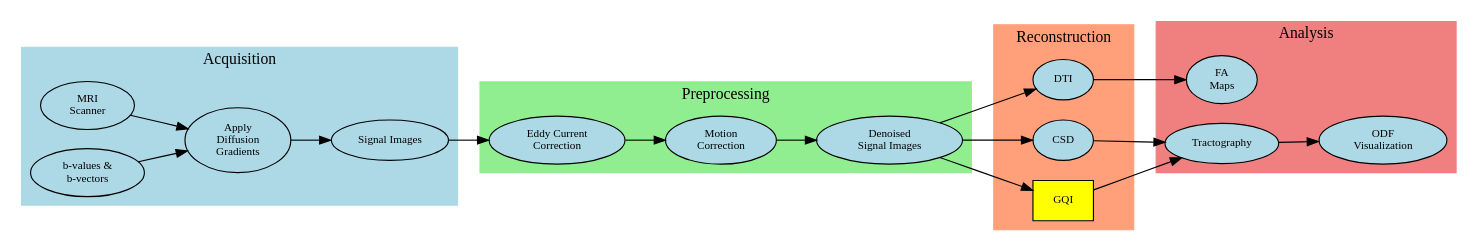
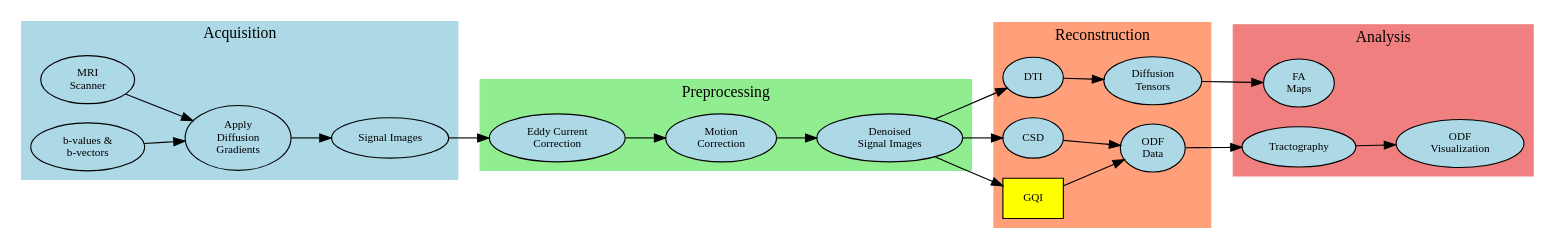
One commit to MadeInShineA/303.1-semester-project changed the fifth of 5 diagrams in src/presentation.qmd. Above: the diagram before and after it, drawn with Graphviz. The commit also changed other lines of this file and 9 other files, not shown here.

Commit message:
Updated README + Added the different DWI pipeline phases + Added DWI image

````diff
--- a/src/presentation.qmd
+++ b/src/presentation.qmd
@@ -24,57 +130,63 @@
 ```{dot}
-//| label: fig-dwi-pipeline
-//| fig-cap: "Overview of the DWI Pipeline."
+//| label: fig-dwi-pipeline-complete
+//| fig-cap: "Overview of the DWI complete Pipeline."
 digraph DWI_Pipeline {
   rankdir=LR;
   node [style=filled, fillcolor=lightblue, fontcolor=black, fontsize=10];
   edge [fontsize=10];
 
   subgraph cluster_acq {
       label="Acquisition";
       style=filled;
       color=lightblue;
       MRI [label="MRI\nScanner"];
       Params [label="b-values &\nb-vectors"];
       Gradients [label="Apply\nDiffusion\nGradients"];
       Signal [label="Signal Images"]
       MRI -> Gradients;
       Params -> Gradients;
       Gradients -> Signal;
   }
 
   subgraph cluster_prep {
       label="Preprocessing";
       style=filled;
       color=lightgreen;
       Eddy [label="Eddy Current\nCorrection"];
       Motion [label="Motion\nCorrection"];
       Denoise [label="Denoised\n Signal Images"];
       Signal -> Eddy -> Motion -> Denoise;
   }
 
-  subgraph cluster_rec {
-      label="Reconstruction";
-      style=filled;
-      color=lightsalmon;
-      DTI [label="DTI"];
-      CSD [label="CSD"];
-      GQI [label="GQI", fillcolor=yellow, shape=box];
-      Denoise -> DTI;
-      Denoise -> CSD;
-      Denoise -> GQI;
-  }
+   subgraph cluster_rec {
+       label="Reconstruction";
+       style=filled;
+       color=lightsalmon;
+       DTI [label="DTI"];
+       CSD [label="CSD"];
+       GQI [label="GQI", fillcolor=yellow, shape=box];
+       Tensors [label="Diffusion\nTensors"];
+       ODFs [label="ODF\nData"];
+       Denoise -> DTI;
+       Denoise -> CSD;
+       Denoise -> GQI;
+       DTI -> Tensors;
+       CSD -> ODFs;
+       GQI -> ODFs;
+   }
 
-  subgraph cluster_ana {
-      label="Analysis";
-      style=filled;
-      color=lightcoral;
-      Tractography [label="Tractography"];
-      FA [label="FA\nMaps"];
-      ODF [label="ODF\nVisualization"];
-      DTI -> FA;
-      CSD -> Tractography;
-      GQI -> Tractography;
-      Tractography -> ODF;
-  }
+   subgraph cluster_ana {
+       label="Analysis";
+       style=filled;
+       color=lightcoral;
+       Tensors [label="Diffusion\nTensors"];
+       ODFs [label="ODF\nData"];
+       Tractography [label="Tractography"];
+       FA [label="FA\nMaps"];
+       ODF [label="ODF\nVisualization"];
+       Tensors -> FA;
+       ODFs -> Tractography;
+       Tractography -> ODF;
+   }
 }
 ```
````
